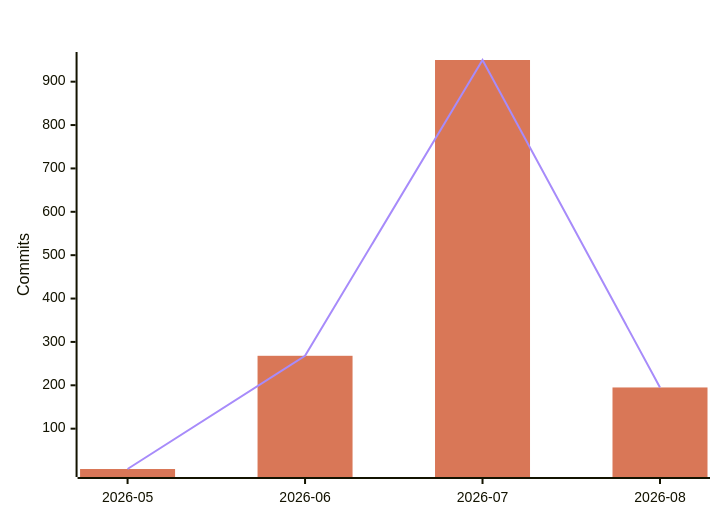
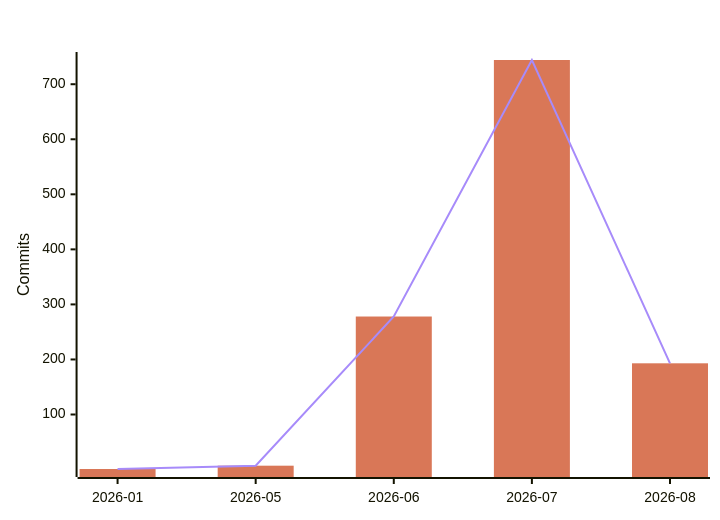
One commit to polo-nyan/polo-nyan changed the fourth of 7 diagrams in README.md. Above: the diagram before and after it, drawn with Mermaid. The commit also changed other lines of this file and 1 other file, not shown here.

````diff
--- a/README.md
+++ b/README.md
@@ -294,9 +294,9 @@
 ```mermaid
 %%{init: {"xyChart": {"titleColor": "#ffffff", "xAxisLabelColor": "#ffffff", "yAxisLabelColor": "#ffffff"}, "themeVariables": {"xyChart": {"titleColor": "#ffffff", "plotColorPalette": "#d97757, #a78bfa"}}}}%%
 xychart-beta
     title "AI-Assisted Commits Per Month"
-    x-axis ["2026-05", "2026-06", "2026-07", "2026-08"]
+    x-axis ["2026-01", "2026-05", "2026-06", "2026-07", "2026-08"]
     y-axis "Commits"
-    bar [7, 268, 950, 195]
-    line [7, 268, 950, 195]
+    bar [1, 7, 278, 744, 193]
+    line [1, 7, 278, 744, 193]
 ```
````
